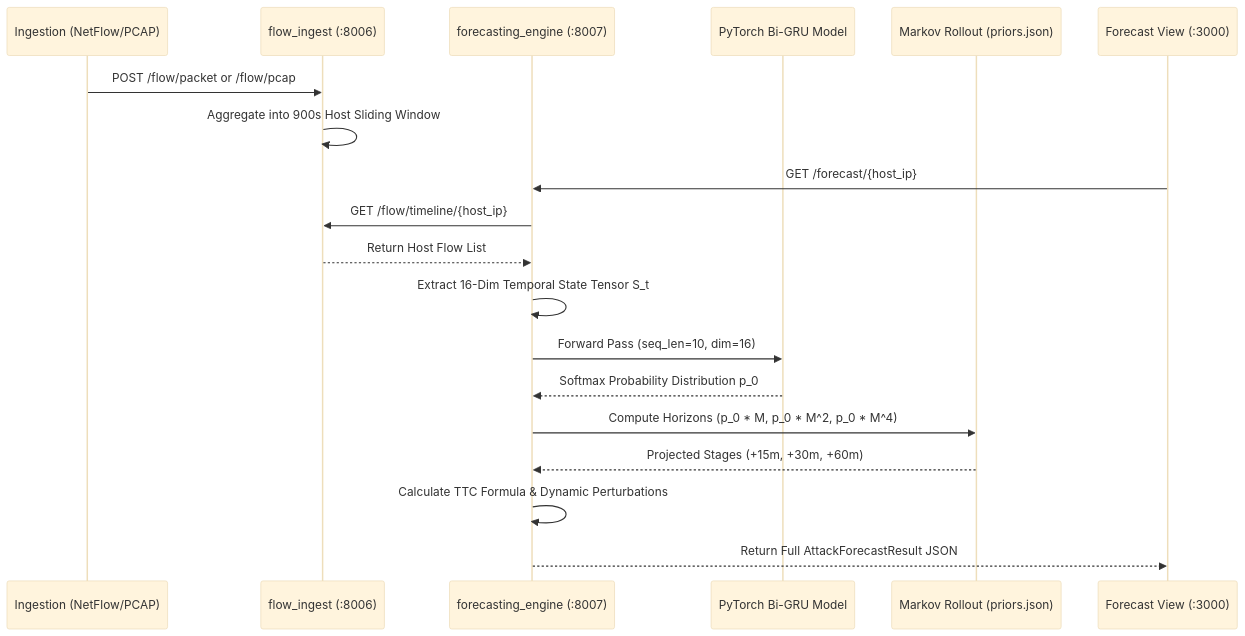
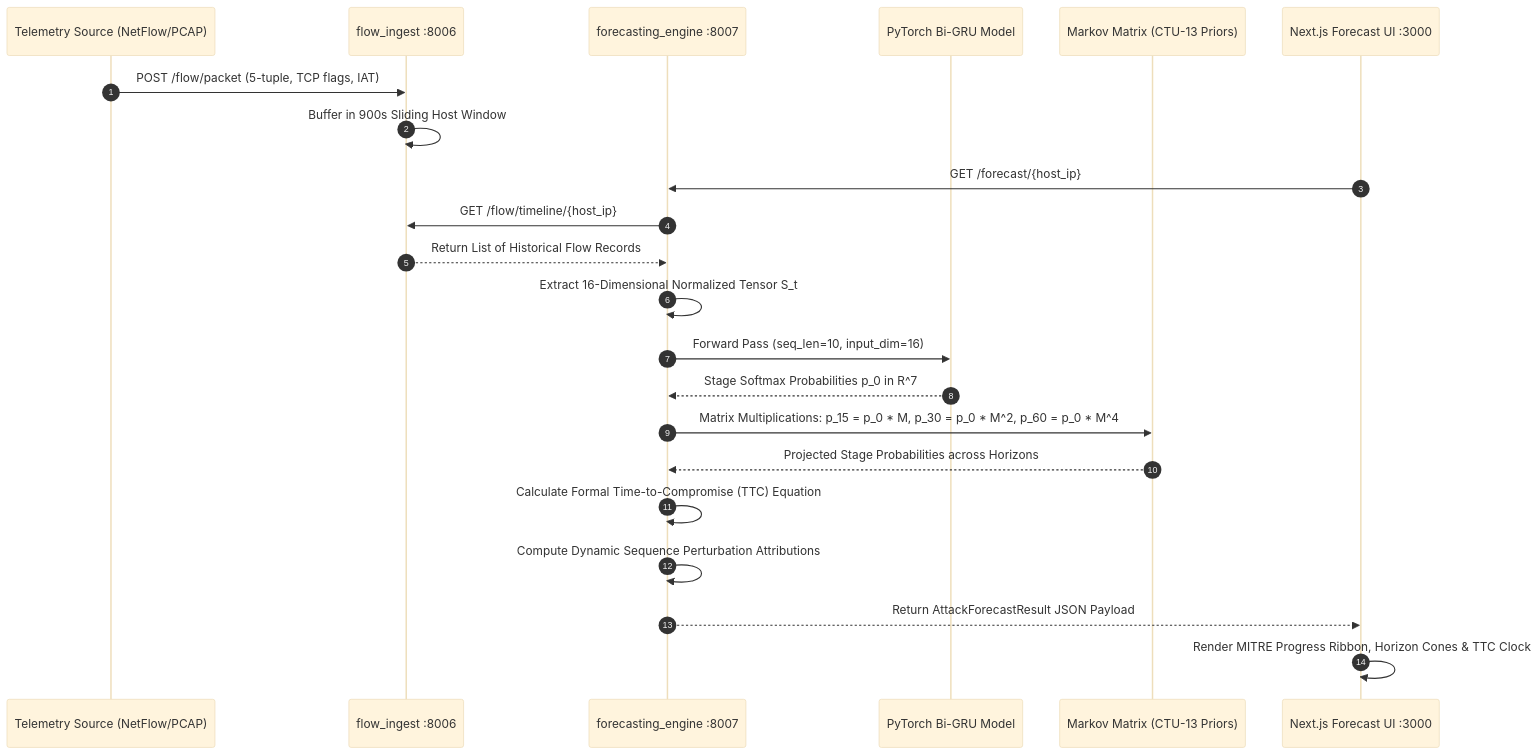
Before and after one commit to Kshitiz-Khandelwal/AI-Based-Forecasting-SIH2026: the second of 2 diagrams in docs/MASTER_MODULE_ARCHITECTURE_AND_AGENT_HANDOFF.md, drawn with Mermaid (base theme). The commit also changed other lines of this file, not shown here.

Commit message:
docs: exhaustively expand master prototype architecture and agent handoff guide

````diff
--- a/docs/MASTER_MODULE_ARCHITECTURE_AND_AGENT_HANDOFF.md
+++ b/docs/MASTER_MODULE_ARCHITECTURE_AND_AGENT_HANDOFF.md
@@ -169,22 +189,25 @@
 ```mermaid
 sequenceDiagram
-    participant PCAP as Ingestion (NetFlow/PCAP)
-    participant FI as flow_ingest (:8006)
-    participant FE as forecasting_engine (:8007)
+    autonumber
+    participant Net as Telemetry Source (NetFlow/PCAP)
+    participant FI as flow_ingest :8006
+    participant FE as forecasting_engine :8007
     participant GRU as PyTorch Bi-GRU Model
-    participant Markov as Markov Rollout (priors.json)
-    participant UI as Forecast View (:3000)
+    participant Markov as Markov Matrix (CTU-13 Priors)
+    participant UI as Next.js Forecast UI :3000
 
-    PCAP->>FI: POST /flow/packet or /flow/pcap
-    FI->>FI: Aggregate into 900s Host Sliding Window
+    Net->>FI: POST /flow/packet (5-tuple, TCP flags, IAT)
+    FI->>FI: Buffer in 900s Sliding Host Window
     UI->>FE: GET /forecast/{host_ip}
     FE->>FI: GET /flow/timeline/{host_ip}
-    FI-->>FE: Return Host Flow List
-    FE->>FE: Extract 16-Dim Temporal State Tensor S_t
-    FE->>GRU: Forward Pass (seq_len=10, dim=16)
-    GRU-->>FE: Softmax Probability Distribution p_0
-    FE->>Markov: Compute Horizons (p_0 * M, p_0 * M^2, p_0 * M^4)
-    Markov-->>FE: Projected Stages (+15m, +30m, +60m)
-    FE->>FE: Calculate TTC Formula & Dynamic Perturbations
-    FE-->>UI: Return Full AttackForecastResult JSON
+    FI-->>FE: Return List of Historical Flow Records
+    FE->>FE: Extract 16-Dimensional Normalized Tensor S_t
+    FE->>GRU: Forward Pass (seq_len=10, input_dim=16)
+    GRU-->>FE: Stage Softmax Probabilities p_0 in R^7
+    FE->>Markov: Matrix Multiplications: p_15 = p_0 * M, p_30 = p_0 * M^2, p_60 = p_0 * M^4
+    Markov-->>FE: Projected Stage Probabilities across Horizons
+    FE->>FE: Calculate Formal Time-to-Compromise (TTC) Equation
+    FE->>FE: Compute Dynamic Sequence Perturbation Attributions
+    FE-->>UI: Return AttackForecastResult JSON Payload
+    UI->>UI: Render MITRE Progress Ribbon, Horizon Cones & TTC Clock
 ```
````
